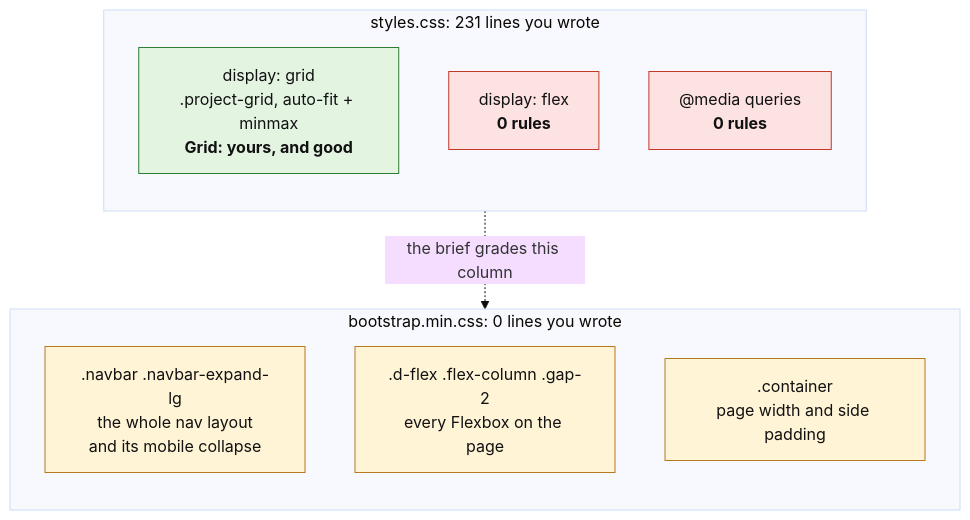
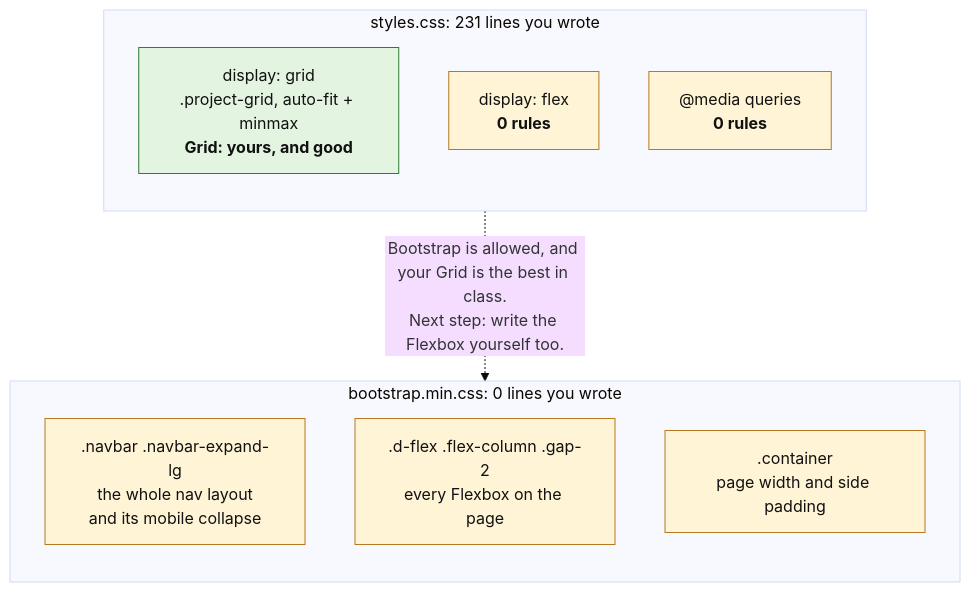
The first of 3 diagrams in feedback/FEEDBACK.md (aanthey/portfolio-site), drawn with Mermaid (base theme) before and after one commit. The commit also changed other lines of this file and 3 other files, not shown here.

Commit message:
update grade to 86: Bootstrap is allowed, CSS layout to 25/25

````diff
--- a/feedback/FEEDBACK.md
+++ b/feedback/FEEDBACK.md
@@ -73,22 +73,22 @@
   ```mermaid
   flowchart TB
       subgraph you["styles.css: 231 lines you wrote"]
           direction TB
           y1["display: grid<br/>.project-grid, auto-fit + minmax<br/><b>Grid: yours, and good</b>"]
           y2["display: flex<br/><b>0 rules</b>"]
           y3["@media queries<br/><b>0 rules</b>"]
       end
       subgraph bs["bootstrap.min.css: 0 lines you wrote"]
           direction TB
           b1[".navbar .navbar-expand-lg<br/>the whole nav layout<br/>and its mobile collapse"]
           b2[".d-flex .flex-column .gap-2<br/>every Flexbox on the page"]
           b3[".container<br/>page width and side padding"]
       end
-      you -.->|"the brief grades this column"| bs
+      you -.->|"Bootstrap is allowed, and your Grid is the best in class.<br/>Next step: write the Flexbox yourself too."| bs
       style y1 fill:#e3f4e1,stroke:#2e7d32,color:#111
-      style y2 fill:#fde2e2,stroke:#c0392b,color:#111
-      style y3 fill:#fde2e2,stroke:#c0392b,color:#111
+      style y2 fill:#fff4d6,stroke:#b7791f,color:#111
+      style y3 fill:#fff4d6,stroke:#b7791f,color:#111
       style b1 fill:#fff4d6,stroke:#b7791f,color:#111
       style b2 fill:#fff4d6,stroke:#b7791f,color:#111
       style b3 fill:#fff4d6,stroke:#b7791f,color:#111
   ```
````
